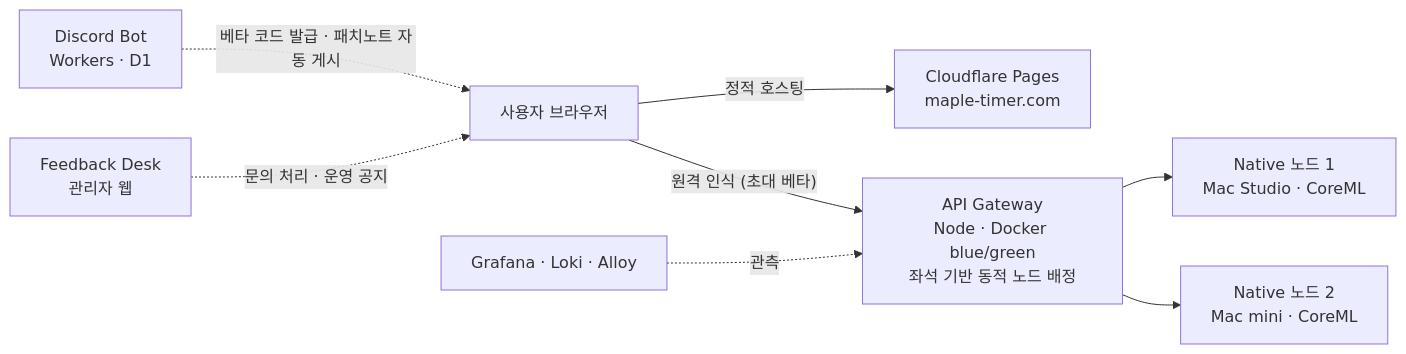
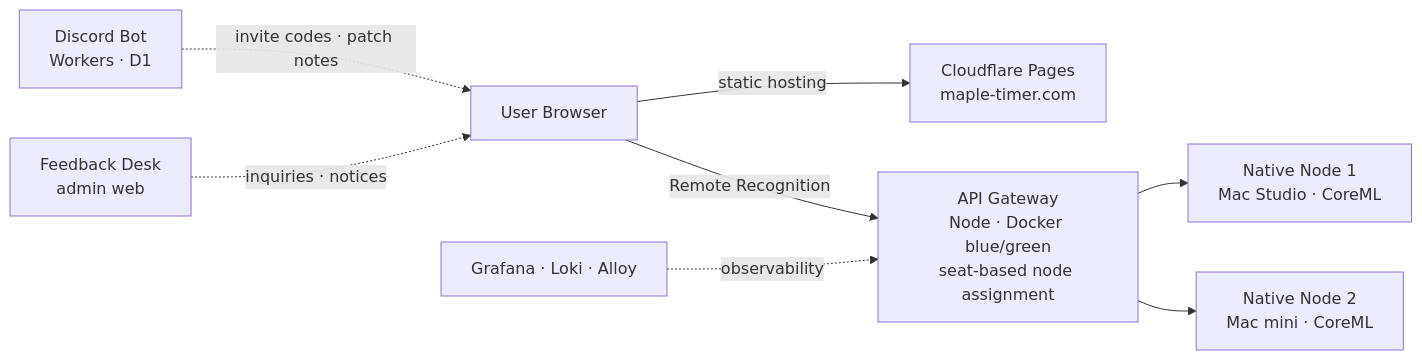
The second of 2 diagrams in profile/README.md (maple-timer/.github), drawn with Mermaid before and after one commit. The commit also changed other lines of this file, not shown here.

Commit message:
profile: english diagram nodes, official remote-recognition wording

````diff
--- a/profile/README.md
+++ b/profile/README.md
@@ -57,10 +59,10 @@
 ```mermaid
 flowchart LR
-    U["사용자 브라우저"] -->|정적 호스팅| CF["Cloudflare Pages<br/>maple-timer.com"]
-    U -->|"원격 인식 (초대 베타)"| GW["API Gateway<br/>Node · Docker blue/green<br/>좌석 기반 동적 노드 배정"]
-    GW --> NA["Native 노드 1<br/>Mac Studio · CoreML"]
-    GW --> NB["Native 노드 2<br/>Mac mini · CoreML"]
-    DC["Discord Bot<br/>Workers · D1"] -.->|"베타 코드 발급 · 패치노트 자동 게시"| U
-    AD["Feedback Desk<br/>관리자 웹"] -.->|"문의 처리 · 운영 공지"| U
-    OBS["Grafana · Loki · Alloy"] -.->|관측| GW
+    U["User Browser"] -->|static hosting| CF["Cloudflare Pages<br/>maple-timer.com"]
+    U -->|"Remote Recognition"| GW["API Gateway<br/>Node · Docker blue/green<br/>seat-based node assignment"]
+    GW --> NA["Native Node 1<br/>Mac Studio · CoreML"]
+    GW --> NB["Native Node 2<br/>Mac mini · CoreML"]
+    DC["Discord Bot<br/>Workers · D1"] -.->|"invite codes · patch notes"| U
+    AD["Feedback Desk<br/>admin web"] -.->|"inquiries · notices"| U
+    OBS["Grafana · Loki · Alloy"] -.->|observability| GW
 ```
````
